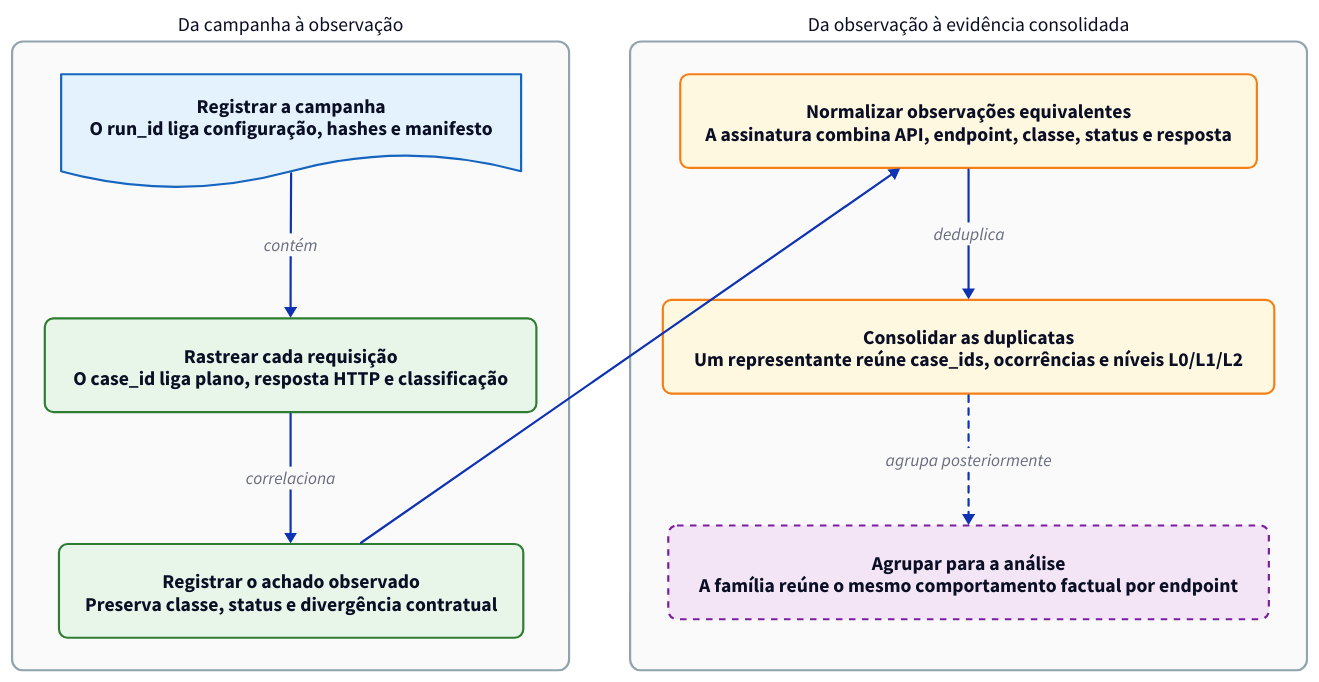
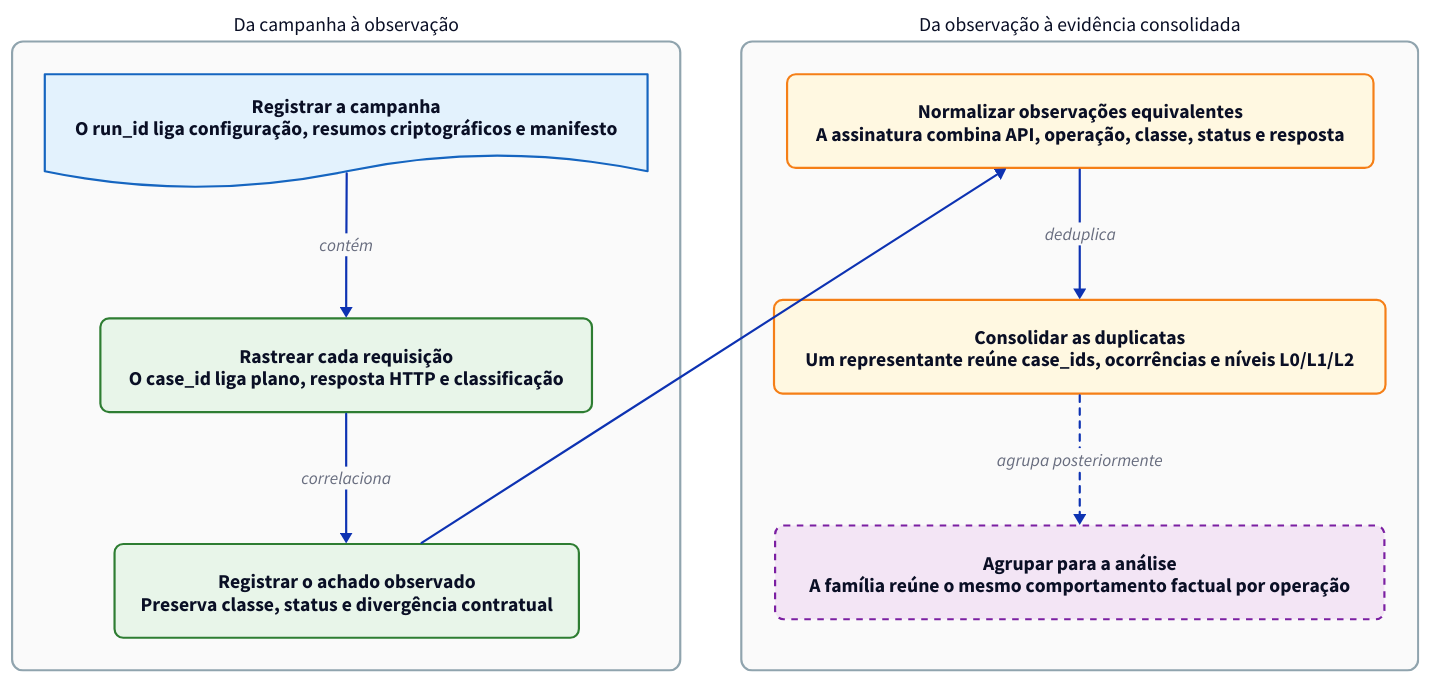
The diagram in docs/Diagrams/run-traceability.d2 (Levi-21545/api-fuzzer), drawn with D2 before and after one commit. The commit also changed 11 other files, not shown here.

```diff
--- a/docs/Diagrams/run-traceability.d2
+++ b/docs/Diagrams/run-traceability.d2
@@ -1,96 +1,96 @@
 # Níveis de observação e rastreabilidade dos achados
 # d2 --layout elk --pad 32 run-traceability.d2 run-traceability.svg
 
 direction: right
 grid-columns: 2
 grid-gap: 56
 style.fill: "#FFFFFF"
 
 classes: {
   group: {
     style: {
       fill: "#FAFAFA"
       stroke: "#90A4AE"
       stroke-width: 2
       border-radius: 10
       font-size: 18
     }
   }
   provenance: {
     shape: document
     style: {
       fill: "#E3F2FD"
       stroke: "#1565C0"
       stroke-width: 2
       font-size: 18
     }
   }
   observation: {
     style: {
       fill: "#E8F5E9"
       stroke: "#2E7D32"
       stroke-width: 2
       border-radius: 8
       font-size: 18
     }
   }
   reduction: {
     style: {
       fill: "#FFF8E1"
       stroke: "#F57F17"
       stroke-width: 2
       border-radius: 8
       font-size: 18
     }
   }
   analytical: {
     style: {
       fill: "#F3E5F5"
       stroke: "#7B1FA2"
       stroke-width: 2
       stroke-dash: 3
       border-radius: 8
       font-size: 18
     }
   }
 }
 
 observation_lane: "Da campanha à observação" {
   direction: down
   class: group
 
-  campaign: "Registrar a campanha\nO run_id liga configuração, hashes e manifesto" {
+  campaign: "Registrar a campanha\nO run_id liga configuração, resumos criptográficos e manifesto" {
     class: provenance
   }
   request: "Rastrear cada requisição\nO case_id liga plano, resposta HTTP e classificação" {
     class: observation
   }
   raw_finding: "Registrar o achado observado\nPreserva classe, status e divergência contratual" {
     class: observation
   }
 
   campaign -> request: "contém"
   request -> raw_finding: "correlaciona"
 }
 
 consolidation_lane: "Da observação à evidência consolidada" {
   direction: down
   class: group
 
-  signature: "Normalizar observações equivalentes\nA assinatura combina API, endpoint, classe, status e resposta" {
+  signature: "Normalizar observações equivalentes\nA assinatura combina API, operação, classe, status e resposta" {
     class: reduction
   }
   unique: "Consolidar as duplicatas\nUm representante reúne case_ids, ocorrências e níveis L0/L1/L2" {
     class: reduction
   }
-  family: "Agrupar para a análise\nA família reúne o mesmo comportamento factual por endpoint" {
+  family: "Agrupar para a análise\nA família reúne o mesmo comportamento factual por operação" {
     class: analytical
   }
 
   signature -> unique: "deduplica"
   unique -> family: "agrupa posteriormente" {
     style.stroke-dash: 3
   }
 }
 
 observation_lane.raw_finding -> consolidation_lane.signature
```
